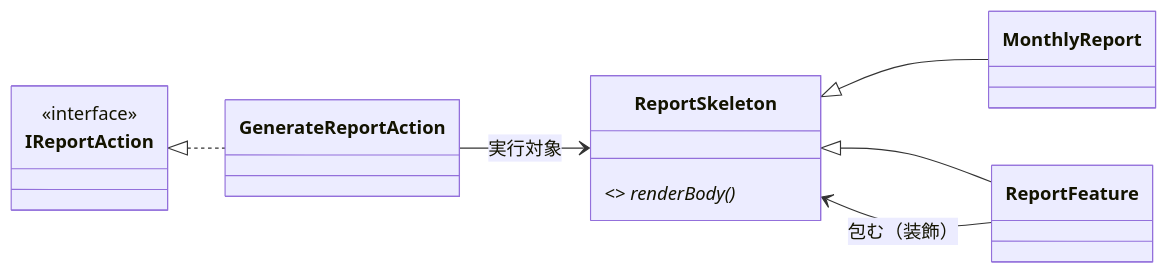
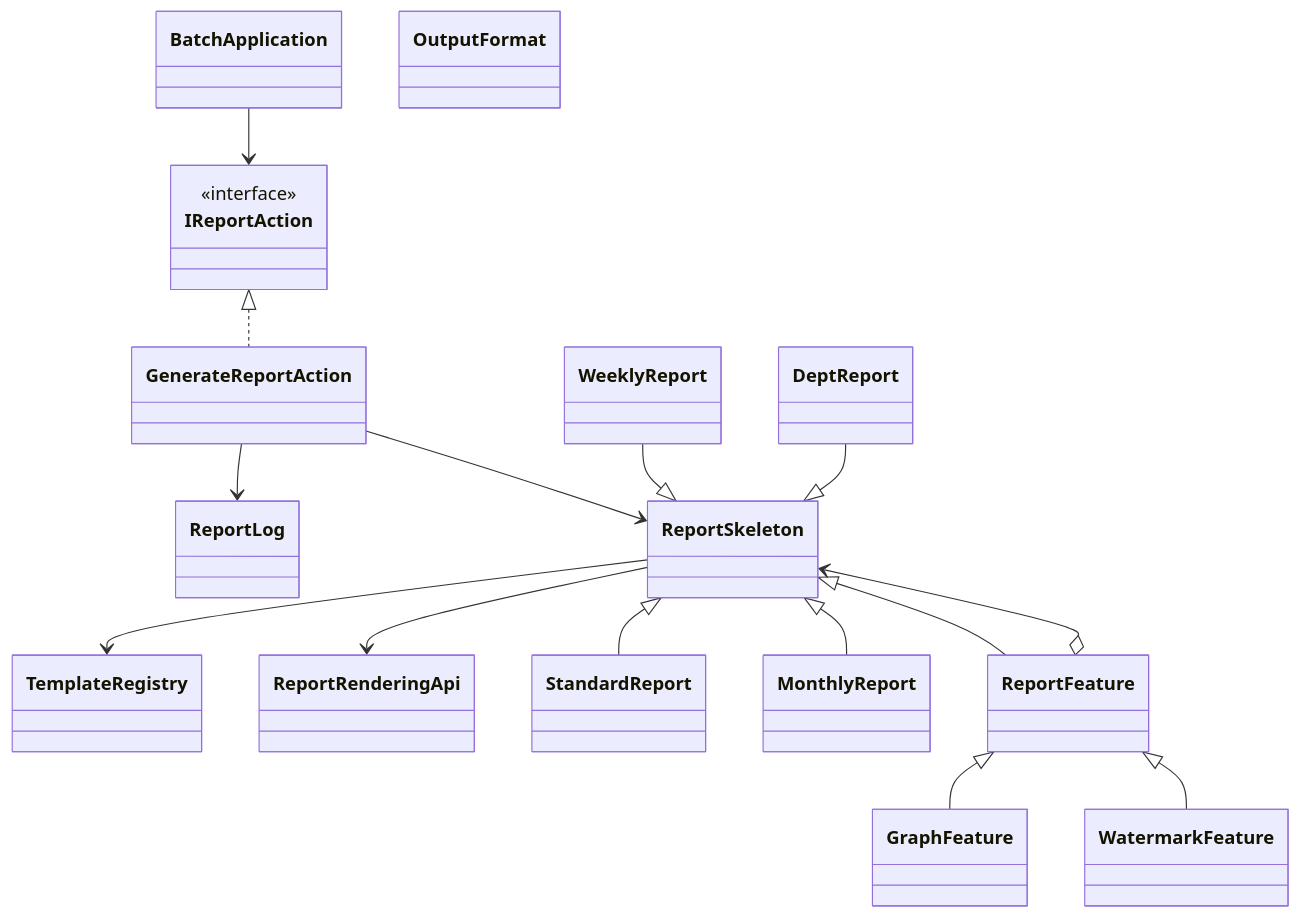
Before and after one commit to kumachan1101-pixel/DesignPattern: the seventh of 13 diagrams in kindle/design-patterns/output/chapter11.md, drawn with Mermaid. The commit also changed other lines of this file and 19 other files, not shown here.

````diff
--- a/kindle/design-patterns/output/chapter11.md
+++ b/kindle/design-patterns/output/chapter11.md
@@ -1471,12 +1189,32 @@
 ```mermaid
 classDiagram
-    direction LR
-    class ReportSkeleton { <<abstract>> renderBody()* }
+    class WeeklyReport
+    class DeptReport
+    class TemplateRegistry
+    class ReportRenderingApi
+    class ReportLog
+    class BatchApplication
+    class OutputFormat
+    class ReportSkeleton
+    class StandardReport
+    class MonthlyReport
     class ReportFeature
+    class GraphFeature
+    class WatermarkFeature
     class IReportAction { <<interface>> }
+    class GenerateReportAction
+    ReportSkeleton <|-- StandardReport
     ReportSkeleton <|-- MonthlyReport
     ReportSkeleton <|-- ReportFeature
-    ReportFeature --> ReportSkeleton : 包む（装飾）
+    ReportFeature o--> ReportSkeleton
+    ReportFeature <|-- GraphFeature
+    ReportFeature <|-- WatermarkFeature
     IReportAction <|.. GenerateReportAction
-    GenerateReportAction --> ReportSkeleton : 実行対象
+    GenerateReportAction --> ReportSkeleton
+    WeeklyReport --|> ReportSkeleton
+    DeptReport --|> ReportSkeleton
+    ReportSkeleton --> TemplateRegistry
+    ReportSkeleton --> ReportRenderingApi
+    GenerateReportAction --> ReportLog
+    BatchApplication --> IReportAction
 ```
````
